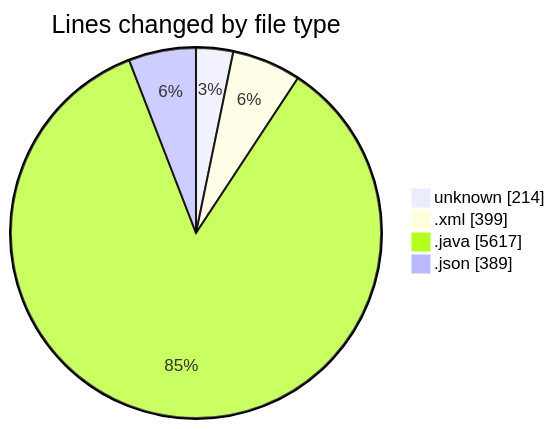
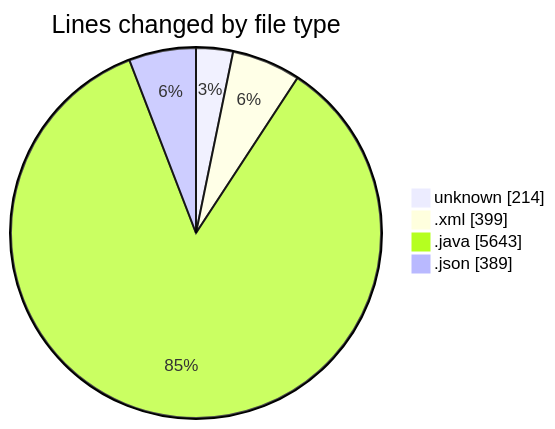
One commit to charlie-sans/code-tracking changed the first of 2 diagrams in 2025-02-24/micros/README.md. Above: the diagram before and after it, drawn with Mermaid. The commit also changed other lines of this file and 1 other file, not shown here.

````diff
--- a/2025-02-24/micros/README.md
+++ b/2025-02-24/micros/README.md
@@ -39,8 +39,8 @@
 ```mermaid
 pie showData
 title Lines changed by file type
 "unknown" : 214
 ".xml" : 399
-".java" : 5617
+".java" : 5643
 ".json" : 389
 ```
````
